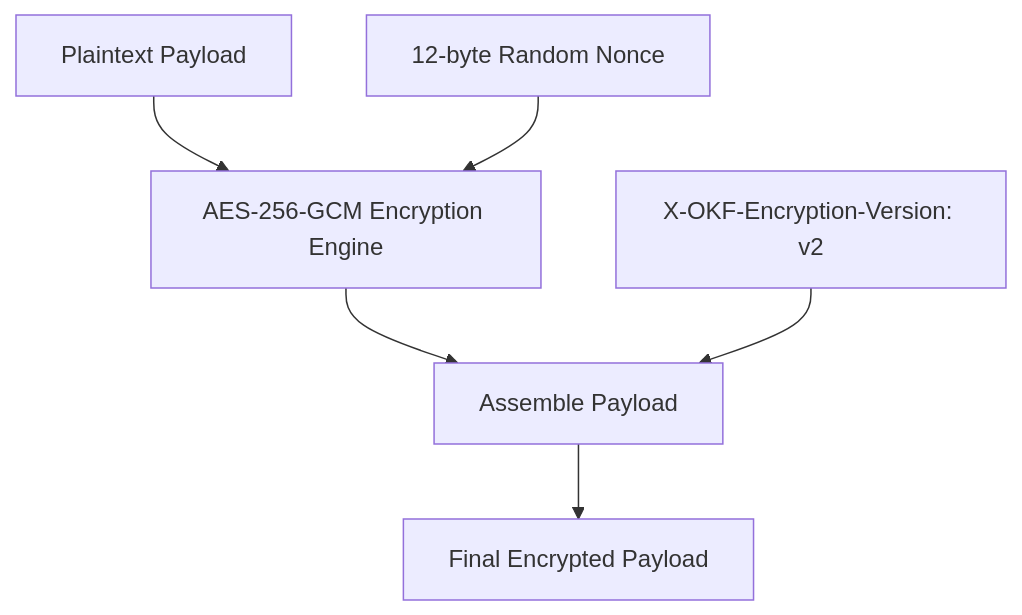
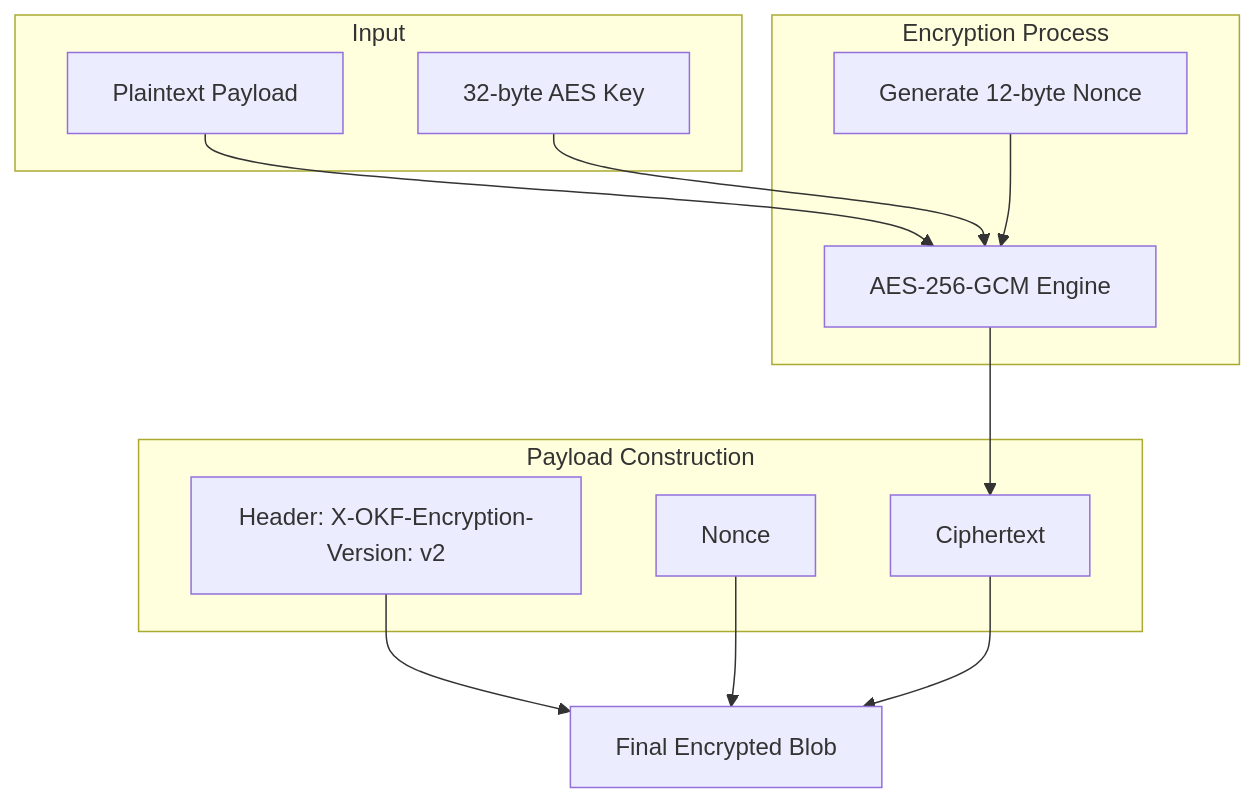
One commit to agent-memory-atlas-archive/okf-memory--okf-agent-memory changed the second of 5 diagrams in benchmarks/results/BENCHMARK_RESULTS_DMAA_lmstudio_google_gemma-4-26b-a4b-qat.md. Above: the diagram before and after it, drawn with Mermaid. The commit also changed other lines of this file and 5 other files, not shown here.

````diff
--- a/benchmarks/results/BENCHMARK_RESULTS_DMAA_lmstudio_google_gemma-4-26b-a4b-qat.md
+++ b/benchmarks/results/BENCHMARK_RESULTS_DMAA_lmstudio_google_gemma-4-26b-a4b-qat.md
@@ -334,8 +201,23 @@
 ```mermaid
 graph TD
-    A[Plaintext Payload] --> B[AES-256-GCM Encryption Engine]
-    C["12-byte Random Nonce"] --> B
-    B --> D[Assemble Payload]
-    E["X-OKF-Encryption-Version: v2"] --> D
-    D --> F[Final Encrypted Payload]
+    subgraph Input
+        A[Plaintext Payload]
+        B[32-byte AES Key]
+    end
+    subgraph Encryption Process
+        C[Generate 12-byte Nonce]
+        D[AES-256-GCM Engine]
+    end
+    subgraph Payload Construction
+        E["Header: X-OKF-Encryption-Version: v2"]
+        F[Nonce]
+        G[Ciphertext]
+    end
+    A --> D
+    B --> D
+    C --> D
+    D --> G
+    E --> H[Final Encrypted Blob]
+    F --> H
+    G --> H
 ```
````
